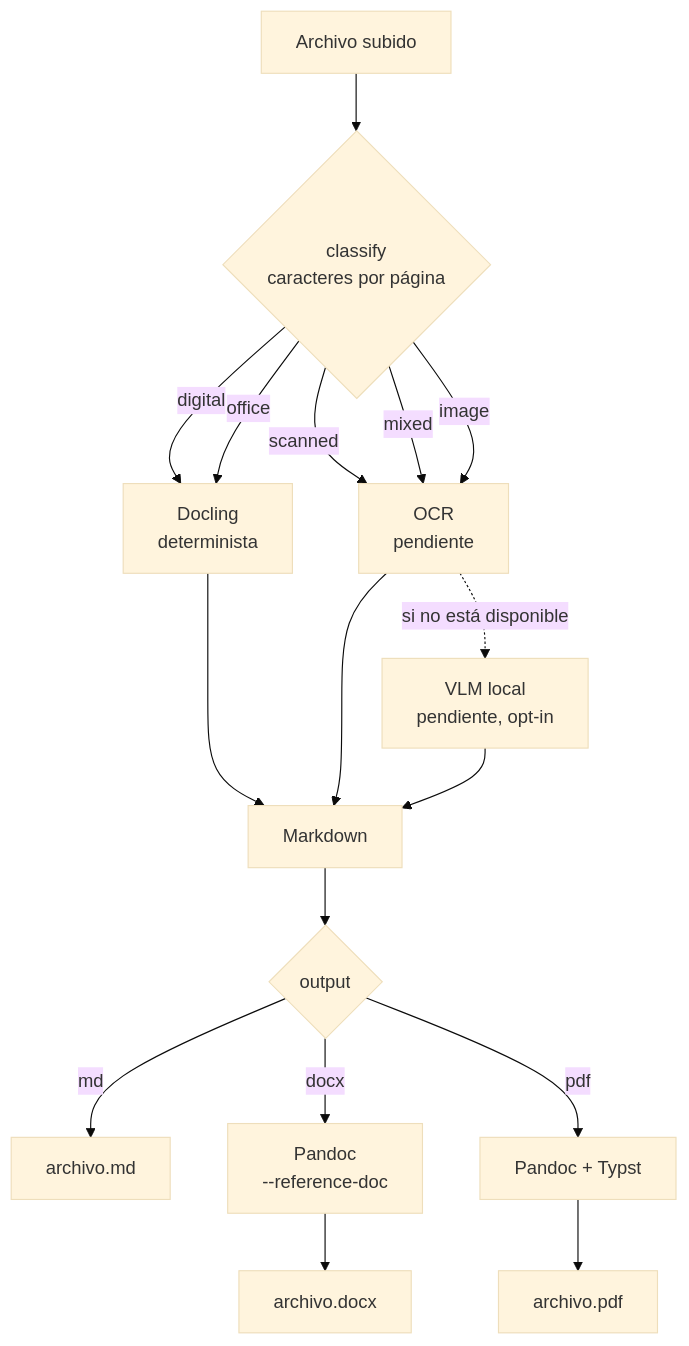
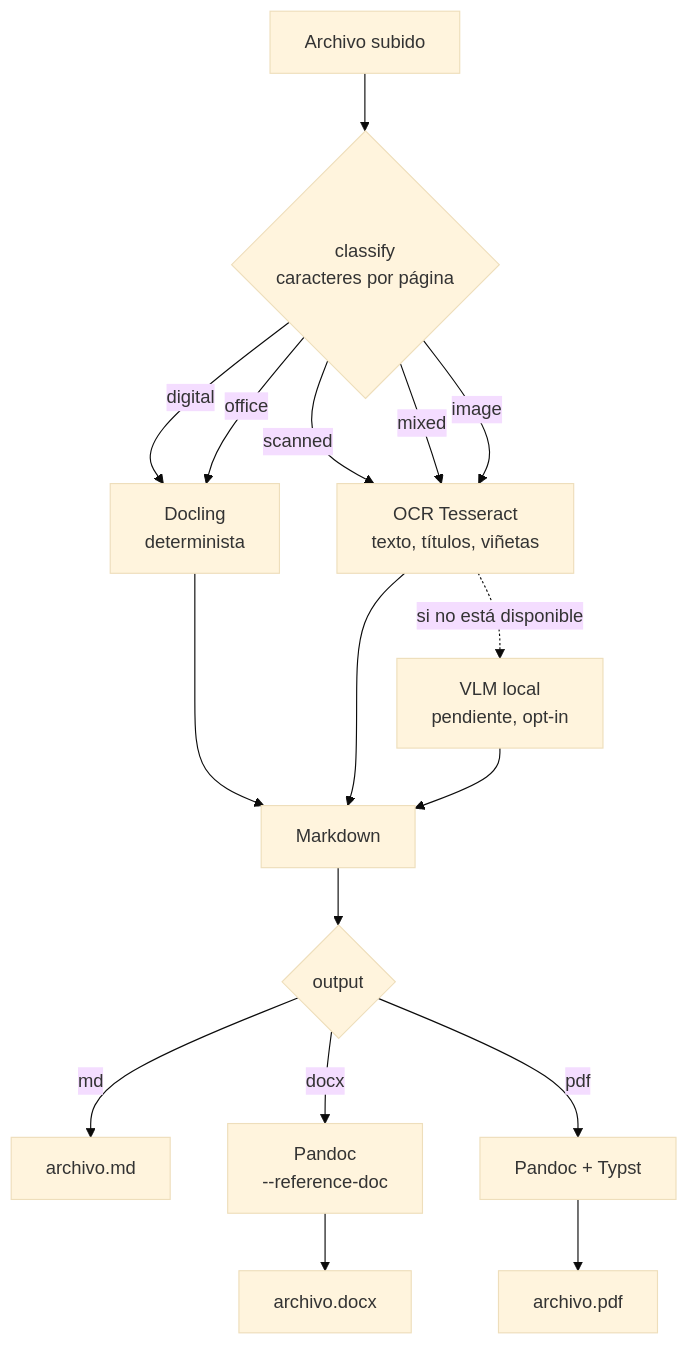
Before and after one commit to cesardataviz/files2md: the diagram in README.md, drawn with Mermaid (base theme). The commit also changed other lines of this file and 18 other files, not shown here.

Commit message:
Motor OCR con Tesseract y benchmark de CER/WER

````diff
--- a/README.md
+++ b/README.md
@@ -14,22 +14,22 @@
 ```mermaid
 flowchart TD
     input["Archivo subido"] --> cls{"classify<br/>caracteres por página"}
 
     cls -- digital --> docling["Docling<br/>determinista"]
     cls -- office --> docling
-    cls -- scanned --> ocr["OCR<br/>pendiente"]
+    cls -- scanned --> ocr["OCR Tesseract<br/>texto, títulos, viñetas"]
     cls -- mixed --> ocr
     cls -- image --> ocr
     ocr -. "si no está disponible" .-> vlm["VLM local<br/>pendiente, opt-in"]
 
     docling --> md["Markdown"]
     ocr --> md
     vlm --> md
 
     md --> fmt{"output"}
     fmt -- md --> outmd["archivo.md"]
     fmt -- docx --> pdocx["Pandoc<br/>--reference-doc"]
     fmt -- pdf --> ppdf["Pandoc + Typst"]
     pdocx --> outdocx["archivo.docx"]
     ppdf --> outpdf["archivo.pdf"]
 ```
````
